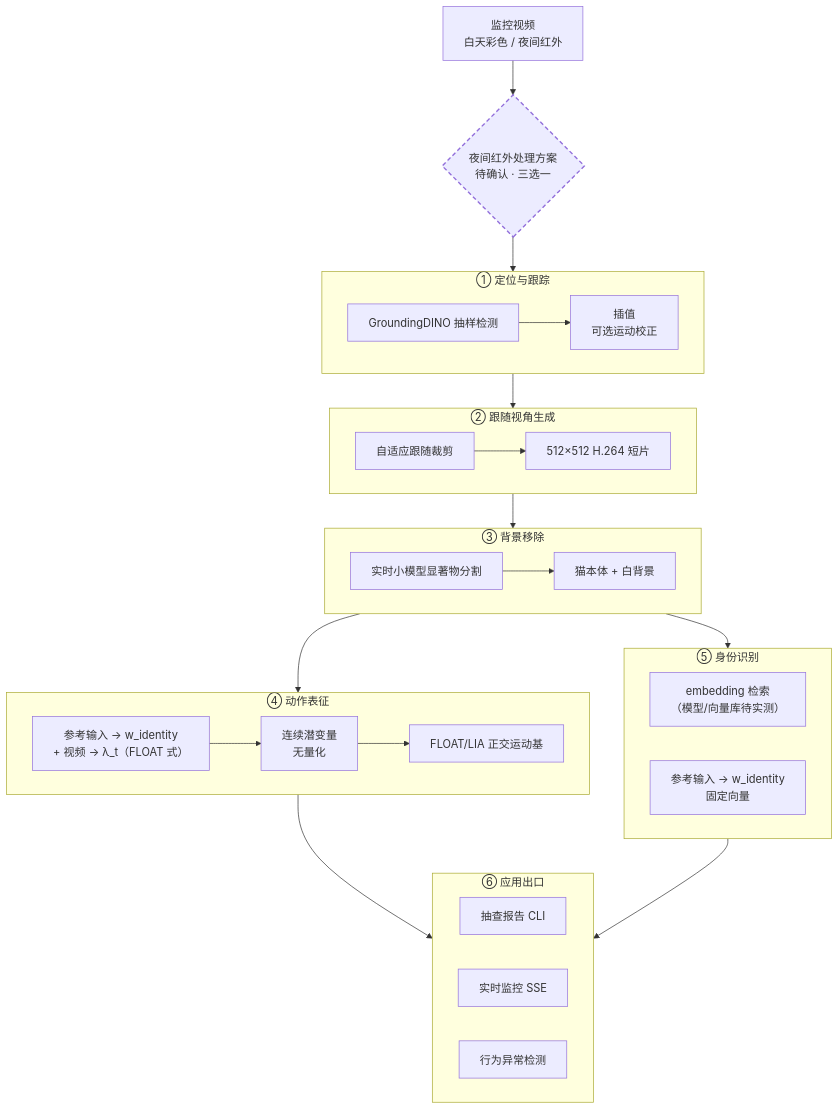
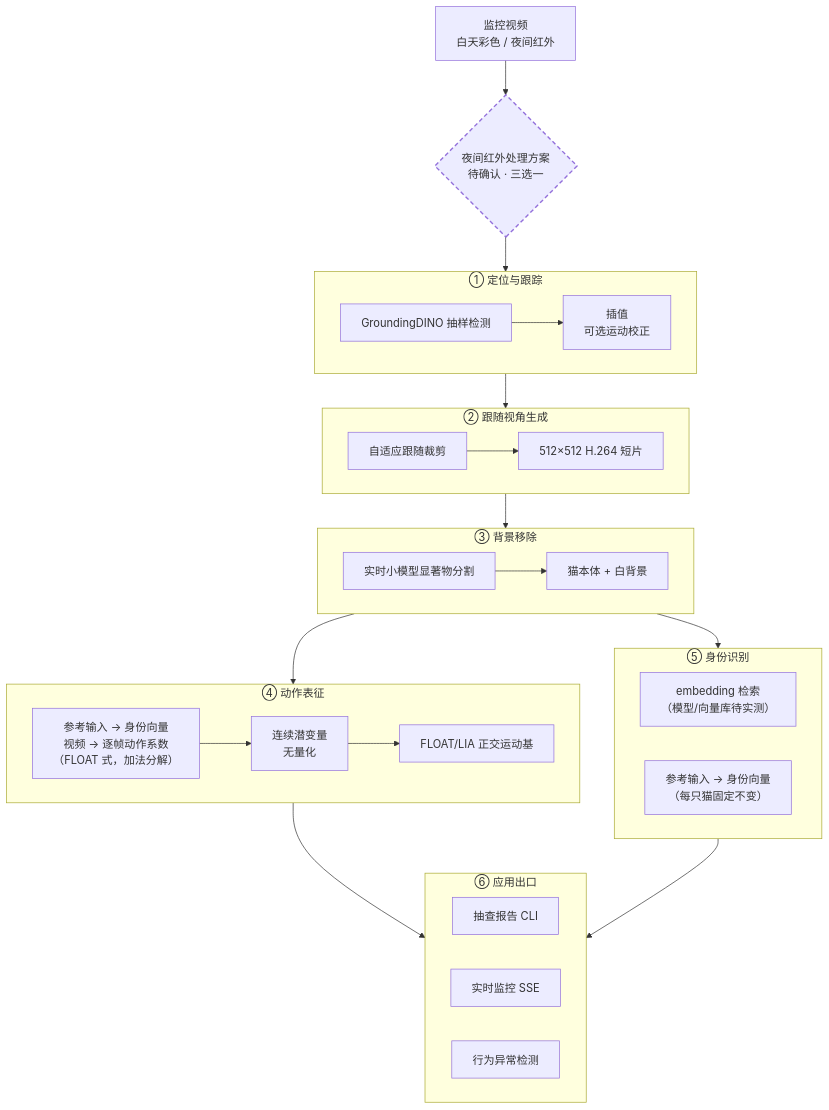
One commit to gongshangzheng/pet-action-recognition changed the first of 7 diagrams in management/docs/architecture.md. Above: the diagram before and after it, drawn with Mermaid. The commit also changed other lines of this file and 1 other file, not shown here.

First line of the commit message:
docs: 图可读性修复（Mermaid 去符号）+ 补动作识别范式澄清

````diff
--- a/management/docs/architecture.md
+++ b/management/docs/architecture.md
@@ -43,45 +43,45 @@
 ```mermaid
 flowchart TD
     V[监控视频<br/>白天彩色 / 夜间红外] --> IRQ{"夜间红外处理方案<br/>待确认 · 三选一"}
     IRQ --> S1
 
     subgraph S1["① 定位与跟踪"]
         A1[GroundingDINO 抽样检测] --> A2[插值<br/>可选运动校正]
     end
 
     S1 --> S2
 
     subgraph S2["② 跟随视角生成"]
         B1[自适应跟随裁剪] --> B2[512×512 H.264 短片]
     end
 
     S2 --> S3
 
     subgraph S3["③ 背景移除"]
         C1[实时小模型显著物分割] --> C2[猫本体 + 白背景]
     end
 
     S3 --> S4
     S3 --> S5
 
     subgraph S4["④ 动作表征"]
-        D1["参考输入 → w_identity<br/>+ 视频 → λ_t（FLOAT 式）"] --> D2[连续潜变量<br/>无量化]
+        D1["参考输入 → 身份向量<br/>视频 → 逐帧动作系数<br/>（FLOAT 式，加法分解）"] --> D2[连续潜变量<br/>无量化]
         D2 --> D3[FLOAT/LIA 正交运动基]
     end
 
     subgraph S5["⑤ 身份识别"]
         E1["embedding 检索<br/>（模型/向量库待实测）"]
-        E2["参考输入 → w_identity<br/>固定向量"]
+        E2["参考输入 → 身份向量<br/>（每只猫固定不变）"]
     end
 
     S4 --> S6
     S5 --> S6
 
     subgraph S6["⑥ 应用出口"]
         F1[抽查报告 CLI]
         F2[实时监控 SSE]
         F3[行为异常检测]
     end
 
     style IRQ stroke-dasharray: 6 4,stroke-width:2px
 ```
````
